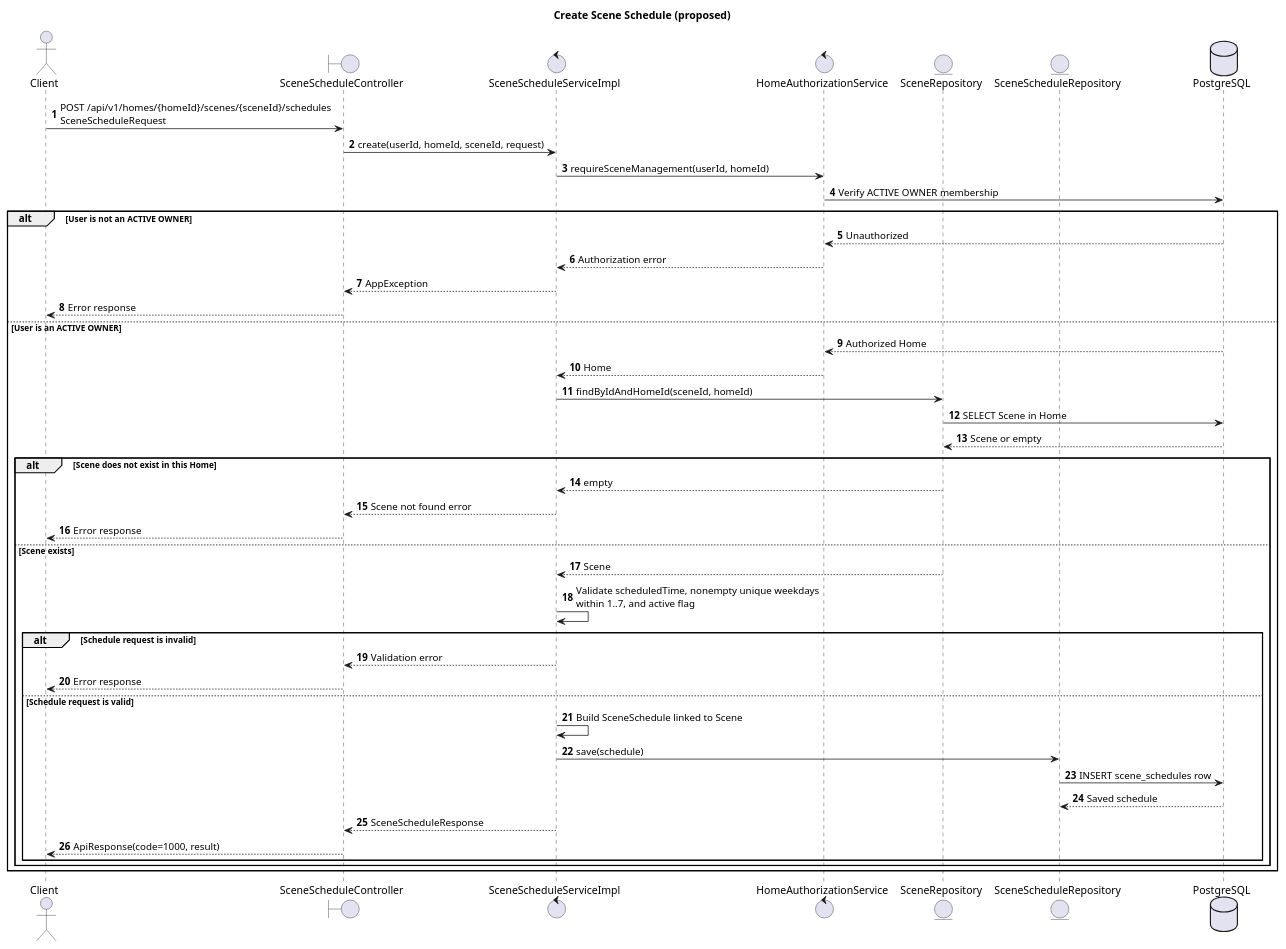
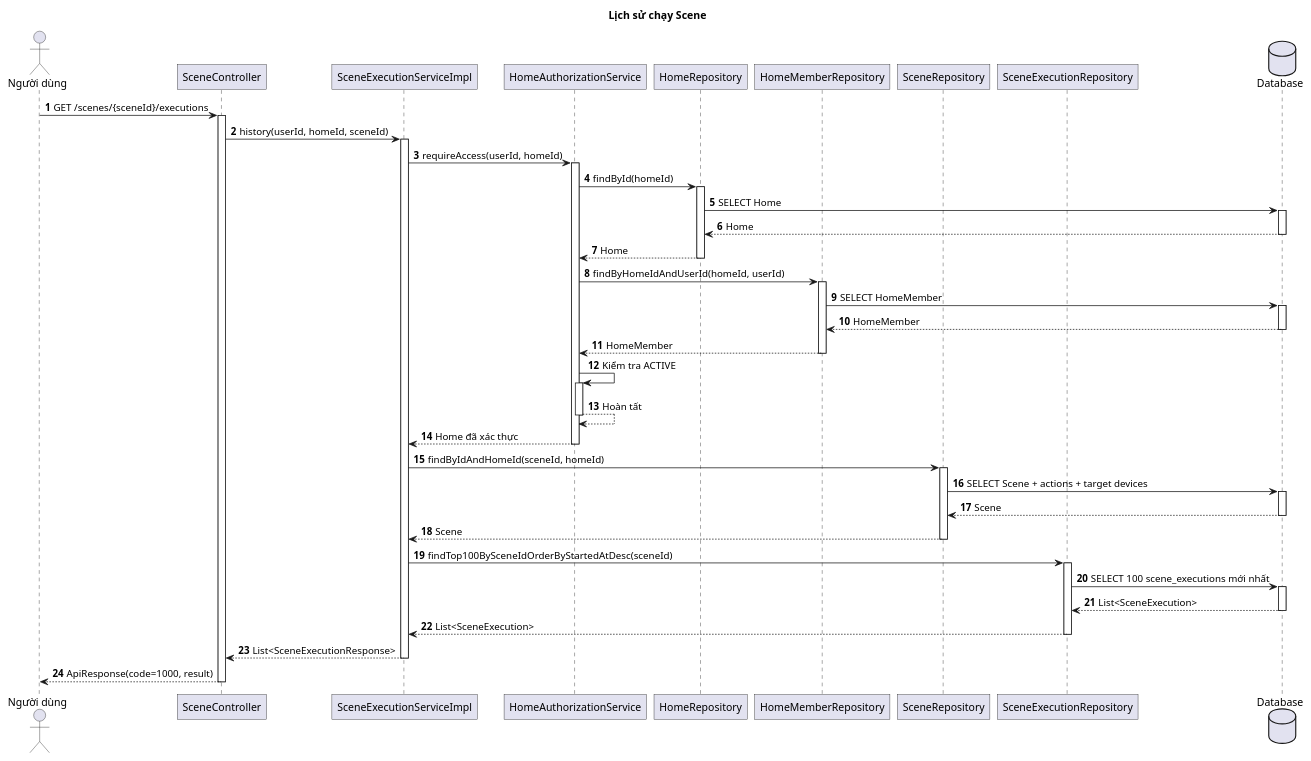
One commit to diethon/backend_hesta changed diagram 11 of 13 in docs/SCENE_CRUD_DIAGRAMS.md. Above: the diagram before and after it, drawn with PlantUML. The commit also changed other lines of this file and 3 other files, not shown here.

````diff
--- a/docs/SCENE_CRUD_DIAGRAMS.md
+++ b/docs/SCENE_CRUD_DIAGRAMS.md
@@ -668,52 +1207,68 @@
 ```plantuml
-@startuml Scene_Schedule_Create_Proposed
-title Create Scene Schedule (proposed)
+@startuml Scene_History
+title Lịch sử chạy Scene
+skinparam backgroundColor white
+skinparam shadowing false
+skinparam roundcorner 0
+skinparam defaultFontName Arial
+
 autonumber
-
-actor Client
-boundary SceneScheduleController as Controller
-control SceneScheduleServiceImpl as ScheduleService
-control HomeAuthorizationService as Authorization
-entity SceneRepository as SceneRepo
-entity SceneScheduleRepository as ScheduleRepo
-database PostgreSQL as DB
-
-Client -> Controller: POST /api/v1/homes/{homeId}/scenes/{sceneId}/schedules\nSceneScheduleRequest
-Controller -> ScheduleService: create(userId, homeId, sceneId, request)
-ScheduleService -> Authorization: requireSceneManagement(userId, homeId)
-Authorization -> DB: Verify ACTIVE OWNER membership
-
-alt User is not an ACTIVE OWNER
-    DB --> Authorization: Unauthorized
-    Authorization --> ScheduleService: Authorization error
-    ScheduleService --> Controller: AppException
-    Controller --> Client: Error response
-else User is an ACTIVE OWNER
-    DB --> Authorization: Authorized Home
-    Authorization --> ScheduleService: Home
-    ScheduleService -> SceneRepo: findByIdAndHomeId(sceneId, homeId)
-    SceneRepo -> DB: SELECT Scene in Home
-    DB --> SceneRepo: Scene or empty
-
-    alt Scene does not exist in this Home
-        SceneRepo --> ScheduleService: empty
-        ScheduleService --> Controller: Scene not found error
-        Controller --> Client: Error response
-    else Scene exists
-        SceneRepo --> ScheduleService: Scene
-        ScheduleService -> ScheduleService: Validate scheduledTime, nonempty unique weekdays\nwithin 1..7, and active flag
-        alt Schedule request is invalid
-            ScheduleService --> Controller: Validation error
-            Controller --> Client: Error response
-        else Schedule request is valid
-            ScheduleService -> ScheduleService: Build SceneSchedule linked to Scene
-            ScheduleService -> ScheduleRepo: save(schedule)
-            ScheduleRepo -> DB: INSERT scene_schedules row
-            DB --> ScheduleRepo: Saved schedule
-            ScheduleService --> Controller: SceneScheduleResponse
-            Controller --> Client: ApiResponse(code=1000, result)
-        end
-    end
-end
+actor "Người dùng" as Client
+participant "SceneController" as Controller
+participant "SceneExecutionServiceImpl" as Execution
+participant "HomeAuthorizationService" as Auth
+participant "HomeRepository" as HomeRepo
+participant "HomeMemberRepository" as MemberRepo
+participant "SceneRepository" as SceneRepo
+participant "SceneExecutionRepository" as ExecutionRepo
+database "Database" as DB
+Client -> Controller: GET /scenes/{sceneId}/executions
+activate Controller
+Controller -> Execution: history(userId, homeId, sceneId)
+activate Execution
+Execution -> Auth: requireAccess(userId, homeId)
+activate Auth
+Auth -> HomeRepo: findById(homeId)
+activate HomeRepo
+HomeRepo -> DB: SELECT Home
+activate DB
+DB --> HomeRepo: Home
+deactivate DB
+HomeRepo --> Auth: Home
+deactivate HomeRepo
+Auth -> MemberRepo: findByHomeIdAndUserId(homeId, userId)
+activate MemberRepo
+MemberRepo -> DB: SELECT HomeMember
+activate DB
+DB --> MemberRepo: HomeMember
+deactivate DB
+MemberRepo --> Auth: HomeMember
+deactivate MemberRepo
+Auth -> Auth: Kiểm tra ACTIVE
+activate Auth
+Auth --> Auth: Hoàn tất
+deactivate Auth
+Auth --> Execution: Home đã xác thực
+deactivate Auth
+Execution -> SceneRepo: findByIdAndHomeId(sceneId, homeId)
+activate SceneRepo
+SceneRepo -> DB: SELECT Scene + actions + target devices
+activate DB
+DB --> SceneRepo: Scene
+deactivate DB
+SceneRepo --> Execution: Scene
+deactivate SceneRepo
+Execution -> ExecutionRepo: findTop100BySceneIdOrderByStartedAtDesc(sceneId)
+activate ExecutionRepo
+ExecutionRepo -> DB: SELECT 100 scene_executions mới nhất
+activate DB
+DB --> ExecutionRepo: List<SceneExecution>
+deactivate DB
+ExecutionRepo --> Execution: List<SceneExecution>
+deactivate ExecutionRepo
+Execution --> Controller: List<SceneExecutionResponse>
+deactivate Execution
+Controller --> Client: ApiResponse(code=1000, result)
+deactivate Controller
 @enduml
 ```
````
